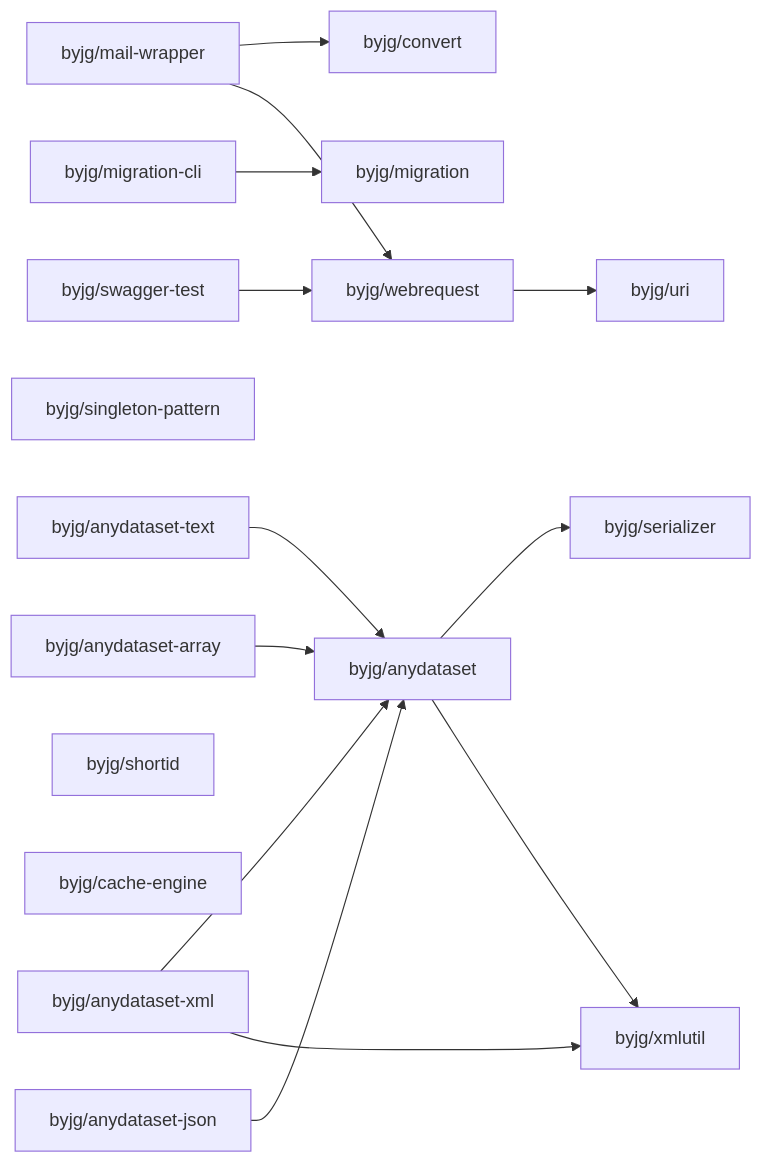
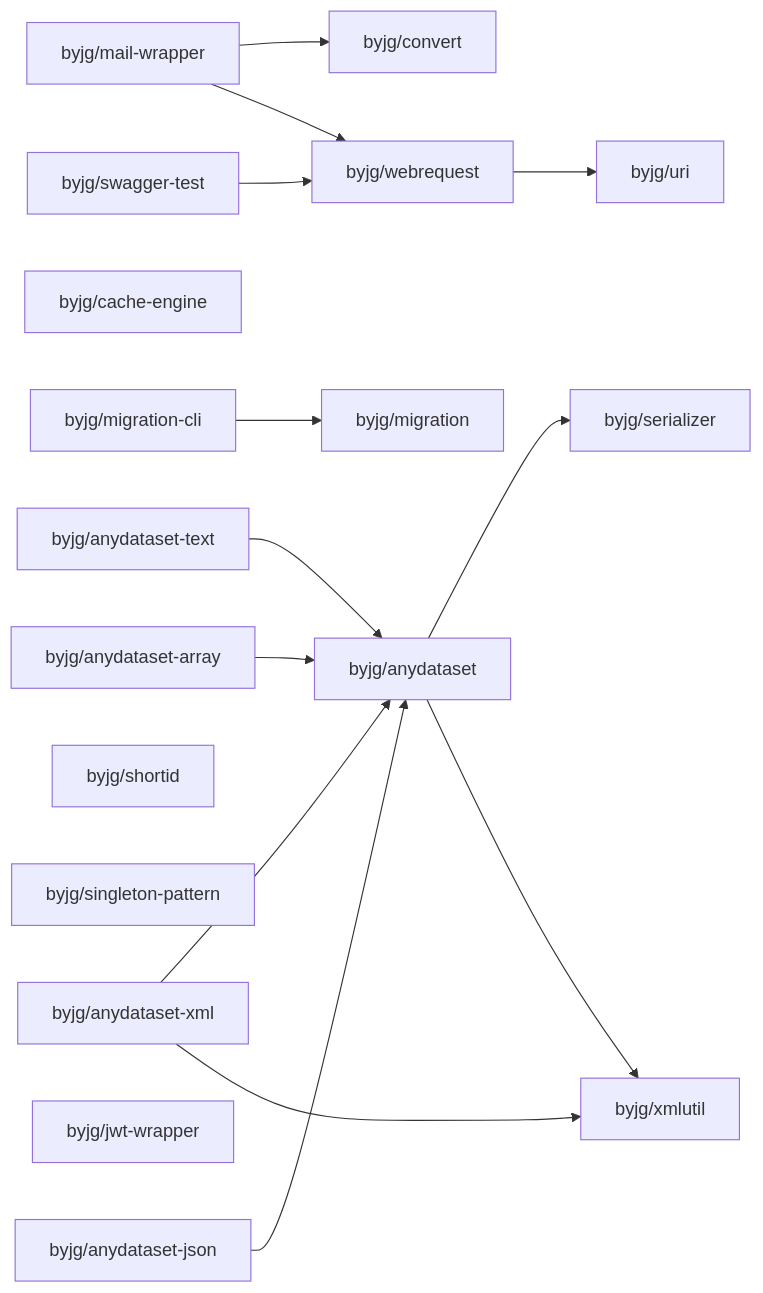
The diagram in php/README.md (byjg/byjg.github.io), drawn with Mermaid before and after one commit. The commit also changed 1 other file, not shown here.

Commit message:
Update documentation 'php' 'php-jwt-wrapper'

````diff
--- a/php/README.md
+++ b/php/README.md
@@ -3,32 +3,33 @@
 ```mermaid
 graph LR;
   byjg/mail-wrapper;
+  byjg/anydataset-xml;
+  byjg/cache-engine;
+  byjg/anydataset-array;
   byjg/anydataset-text;
-  byjg/migration-cli;
-  byjg/singleton-pattern;
-  byjg/anydataset-json;
   byjg/swagger-test;
   byjg/shortid;
-  byjg/cache-engine;
-  byjg/anydataset-xml;
-  byjg/anydataset-array;
+  byjg/singleton-pattern;
+  byjg/migration-cli;
+  byjg/jwt-wrapper;
+  byjg/anydataset-json;
   byjg/convert;
+  byjg/webrequest;
   byjg/migration;
-  byjg/webrequest;
   byjg/anydataset;
   byjg/uri;
   byjg/serializer;
   byjg/xmlutil;
   byjg/anydataset-text --> byjg/anydataset;
   byjg/webrequest --> byjg/uri;
   byjg/anydataset-xml --> byjg/anydataset;
   byjg/anydataset-xml --> byjg/xmlutil;
   byjg/anydataset-array --> byjg/anydataset;
   byjg/mail-wrapper --> byjg/convert;
   byjg/mail-wrapper --> byjg/webrequest;
   byjg/anydataset-json --> byjg/anydataset;
   byjg/swagger-test --> byjg/webrequest;
   byjg/migration-cli --> byjg/migration;
   byjg/anydataset --> byjg/serializer;
   byjg/anydataset --> byjg/xmlutil;
 ```
````
